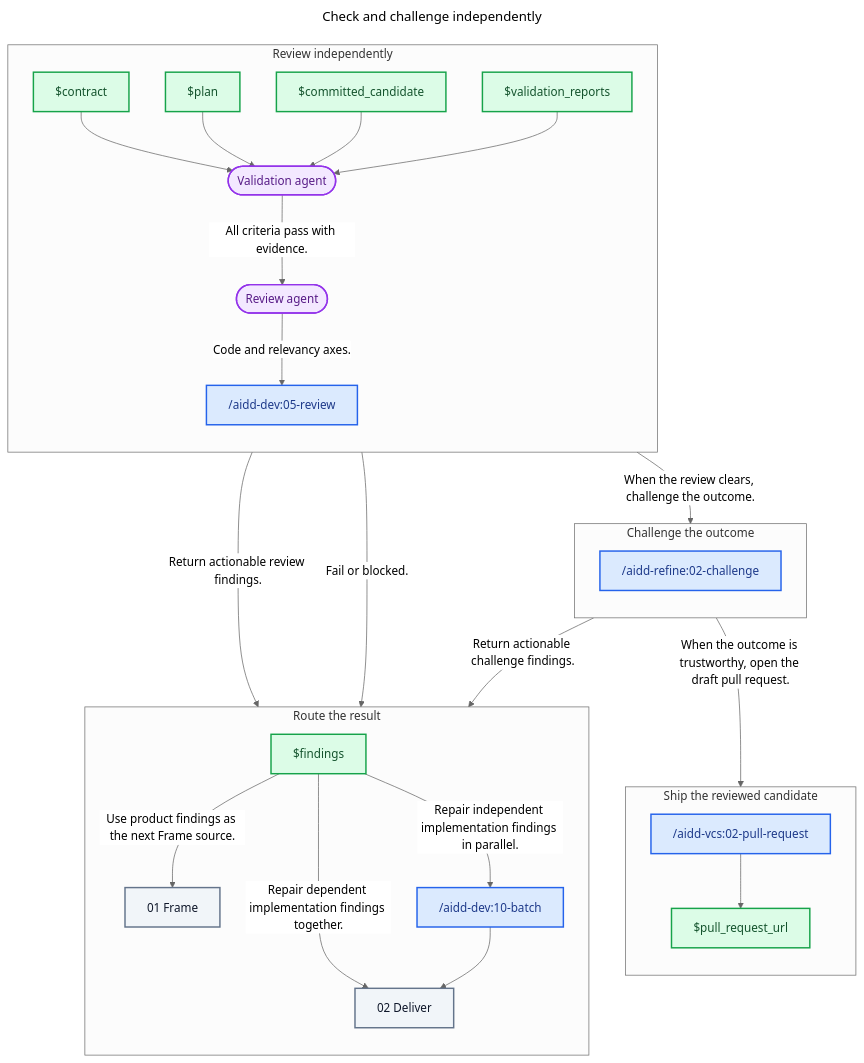
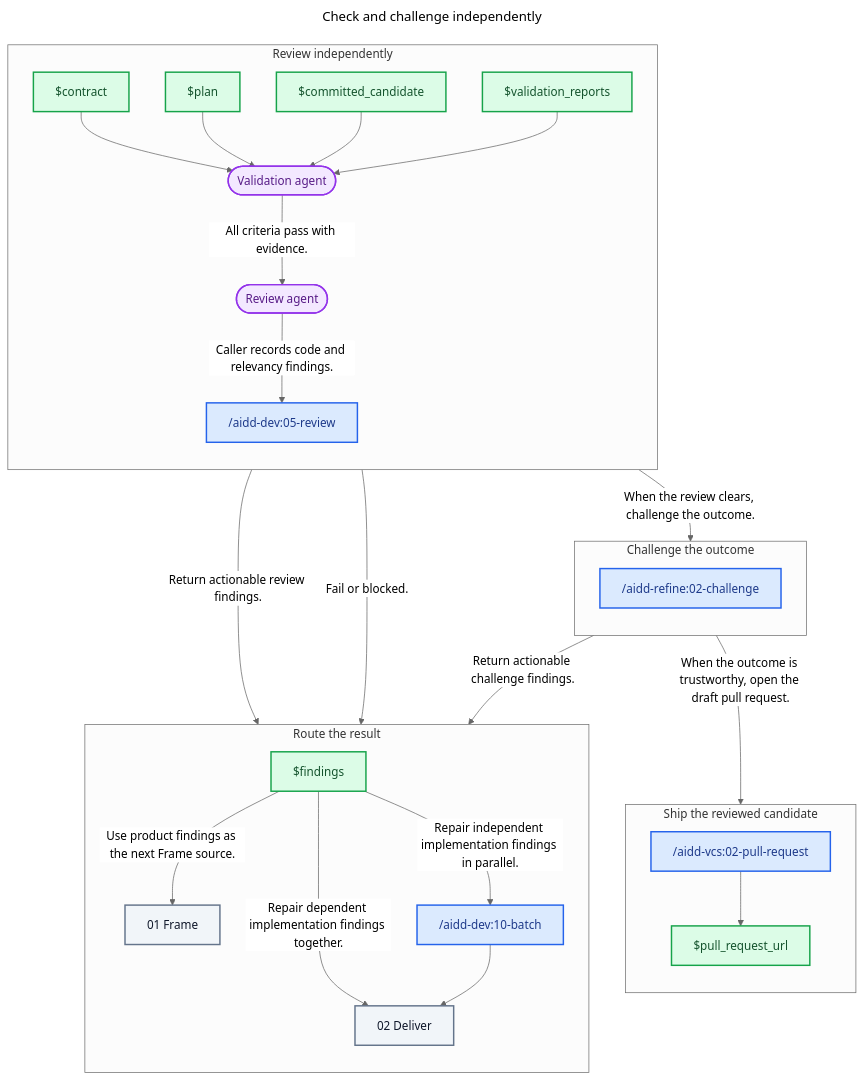
One commit to ai-driven-dev/framework changed the diagram in plugins/aidd-orchestrator/skills/01-sdlc/references/03-check.md. Above: the diagram before and after it, drawn with Mermaid (neutral theme). The commit also changed other lines of this file and 5 other files, not shown here.

````diff
--- a/plugins/aidd-orchestrator/skills/01-sdlc/references/03-check.md
+++ b/plugins/aidd-orchestrator/skills/01-sdlc/references/03-check.md
@@ -23,62 +23,62 @@
 ```mermaid
 ---
 title: Check and challenge independently
 ---
 flowchart TD
   subgraph ReviewStage["Review independently"]
     direction TB
     Contract["$contract"]
     Plan["$plan"]
     CommittedCandidate["$committed_candidate"]
     ValidationReports["$validation_reports"]
     Validator(["Validation agent"])
     Reviewer(["Review agent"])
     Review["/aidd-dev:05-review"]
   end
 
   subgraph ChallengeStage["Challenge the outcome"]
     direction TB
     Challenge["/aidd-refine:02-challenge"]
   end
 
   subgraph RouteStage["Route the result"]
     direction TB
     Findings["$findings"]
     Frame["01 Frame"]
     Batch["/aidd-dev:10-batch"]
     Deliver["02 Deliver"]
   end
 
   subgraph ShipStage["Ship the reviewed candidate"]
     direction TB
     PullRequest["/aidd-vcs:02-pull-request"]
     PullRequestUrl["$pull_request_url"]
   end
 
   Contract --> Validator
   Plan --> Validator
   CommittedCandidate --> Validator
   ValidationReports --> Validator
   Validator -- "All criteria pass with evidence." --> Reviewer
   Validator -- "Fail or blocked." --> Findings
-  Reviewer -- "Code and relevancy axes." --> Review
+  Reviewer -- "Caller records code and relevancy findings." --> Review
   Review -- "Return actionable review findings." --> Findings
   Review -- "When the review clears, challenge the outcome." --> Challenge
   Challenge -- "Return actionable challenge findings." --> Findings
   Challenge -- "When the outcome is trustworthy, open the draft pull request." --> PullRequest
   Findings -- "Use product findings as the next Frame source." --> Frame
   Findings -- "Repair independent implementation findings in parallel." --> Batch
   Findings -- "Repair dependent implementation findings together." --> Deliver
   Batch --> Deliver
   PullRequest --> PullRequestUrl
 
   classDef skill fill:#DBEAFE,stroke:#2563EB,color:#1E3A8A,stroke-width:2px
   classDef agent fill:#F3E8FF,stroke:#9333EA,color:#581C87,stroke-width:2px
   classDef artifact fill:#DCFCE7,stroke:#16A34A,color:#14532D,stroke-width:2px
   classDef zone fill:#F1F5F9,stroke:#64748B,color:#0F172A,stroke-width:2px
 
   class Review,Challenge,Batch,PullRequest skill
   class Reviewer,Validator agent
   class Contract,Plan,CommittedCandidate,ValidationReports,Findings,PullRequestUrl artifact
   class Frame,Deliver zone
 ```
````
